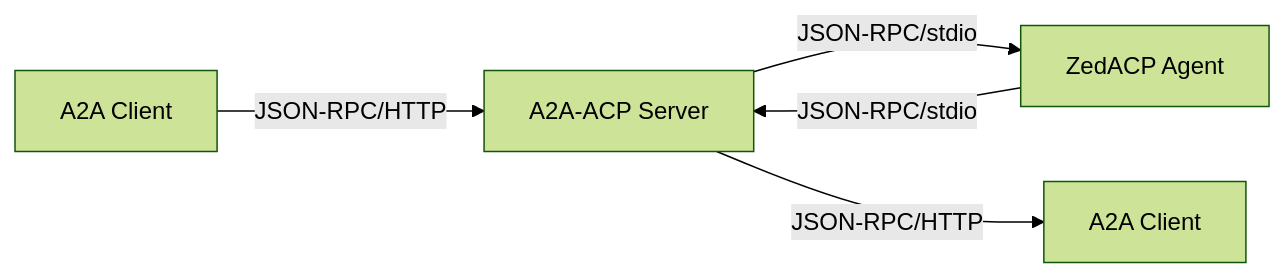
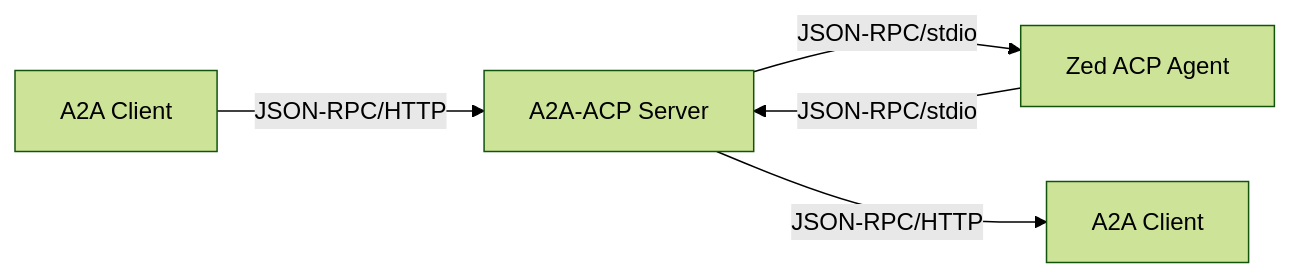
Before and after one commit to mrorigo/a2a-acp: the diagram in README.md, drawn with Mermaid (forest theme). The commit also changed other lines of this file and 25 other files, not shown here.

````diff
--- a/README.md
+++ b/README.md
@@ -124,7 +125,7 @@
 ```mermaid
 graph LR
     A[A2A Client] -->|JSON-RPC/HTTP| B[A2A-ACP Server]
-    B -->|JSON-RPC/stdio| C[ZedACP Agent]
+    B -->|JSON-RPC/stdio| C[Zed ACP Agent]
     B -->|JSON-RPC/HTTP| D[A2A Client]
     C -->|JSON-RPC/stdio| B
 ```
````
